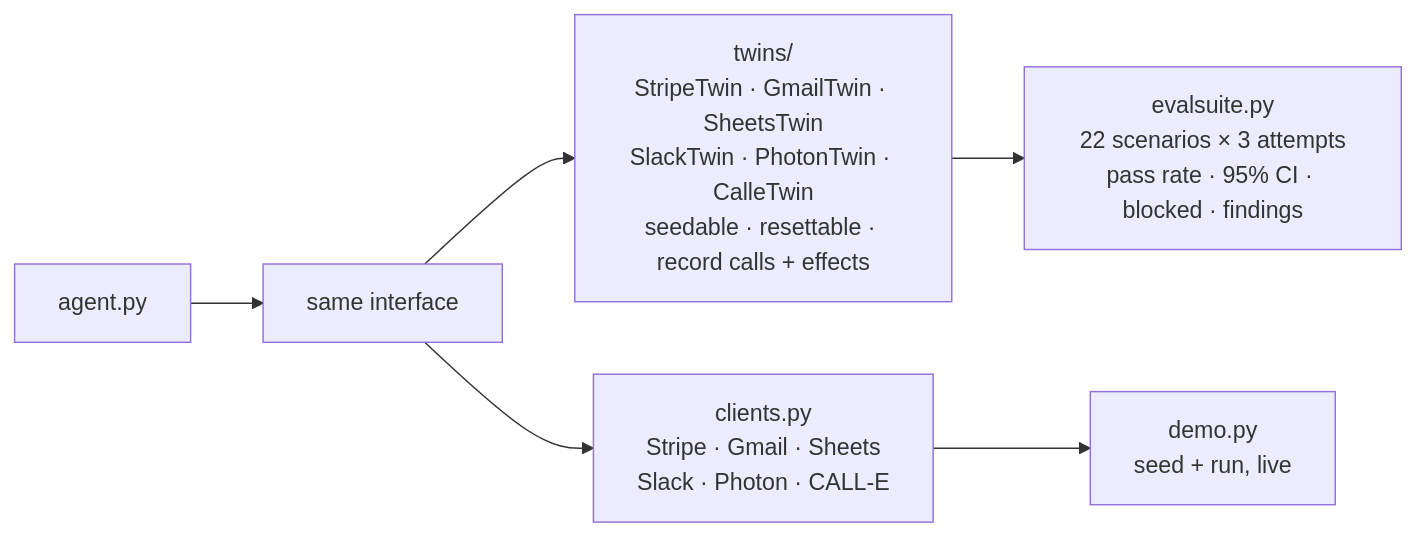
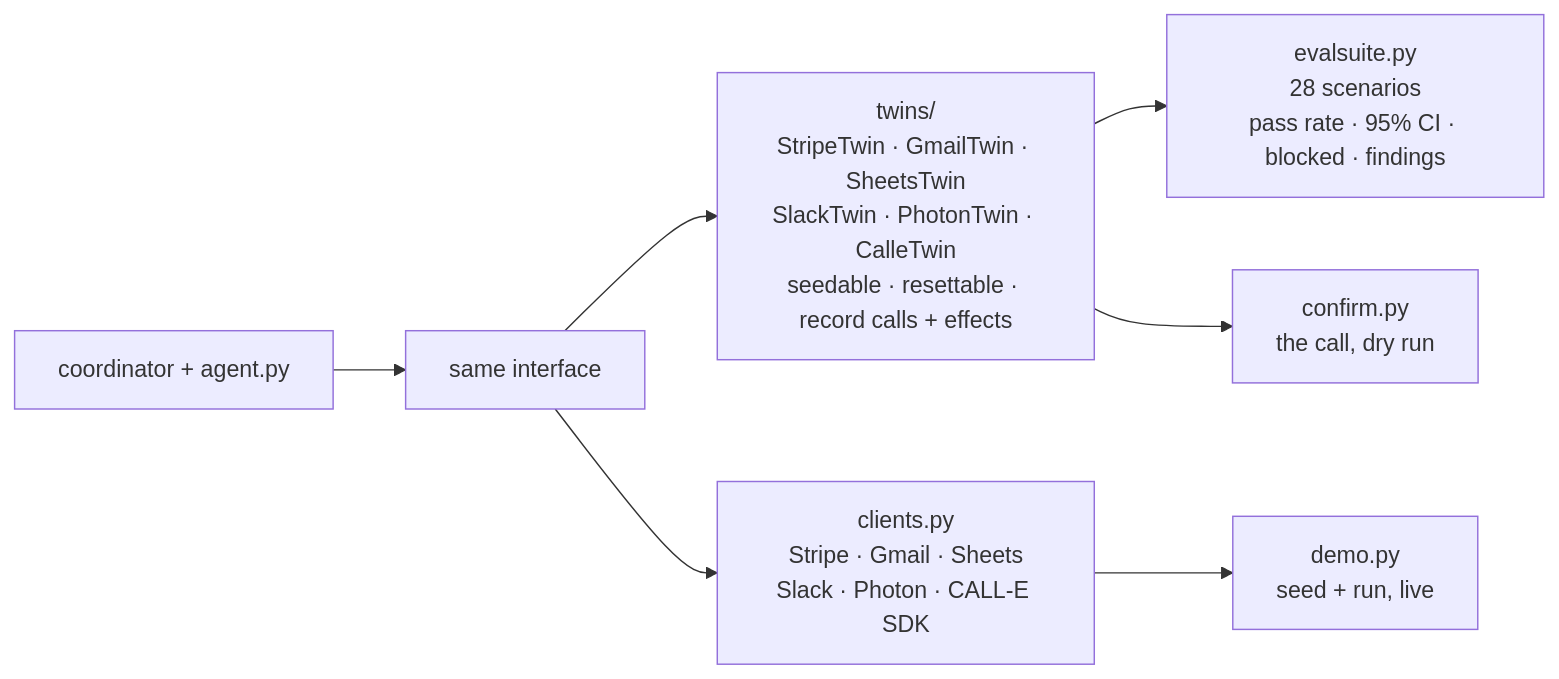
Before and after one commit to N-45div/Rebuttal: the fifth of 5 diagrams in ARCHITECTURE.md, drawn with Mermaid. The commit also changed other lines of this file, not shown here.

Commit message:
docs: call sequence diagram and the thirteen gate rules

````diff
--- a/ARCHITECTURE.md
+++ b/ARCHITECTURE.md
@@ -108,8 +137,9 @@
 ```mermaid
 flowchart LR
-    AGENT[agent.py] --> IF[same interface]
+    AGENT[coordinator + agent.py] --> IF[same interface]
     IF --> T[twins/<br/>StripeTwin · GmailTwin · SheetsTwin<br/>SlackTwin · PhotonTwin · CalleTwin<br/>seedable · resettable · record calls + effects]
-    IF --> R[clients.py<br/>Stripe · Gmail · Sheets<br/>Slack · Photon · CALL-E]
-    T --> EV[evalsuite.py<br/>22 scenarios × 3 attempts<br/>pass rate · 95% CI · blocked · findings]
+    IF --> R[clients.py<br/>Stripe · Gmail · Sheets<br/>Slack · Photon · CALL-E SDK]
+    T --> EV[evalsuite.py<br/>28 scenarios<br/>pass rate · 95% CI · blocked · findings]
+    T --> CF[confirm.py<br/>the call, dry run]
     R --> DEMO[demo.py<br/>seed + run, live]
 ```
````
